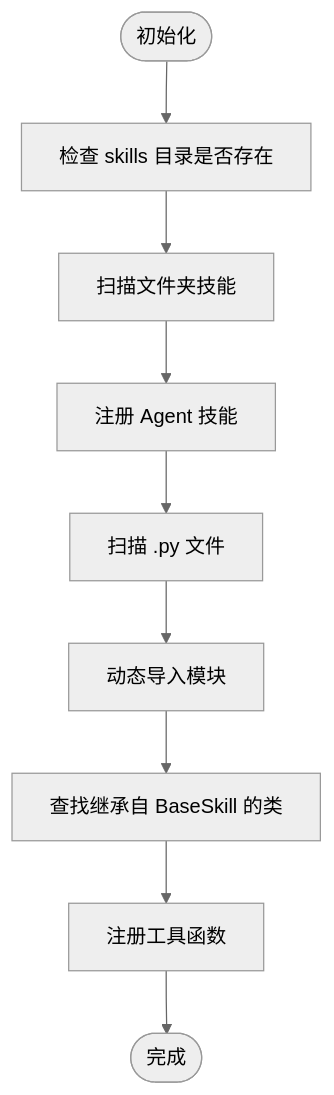
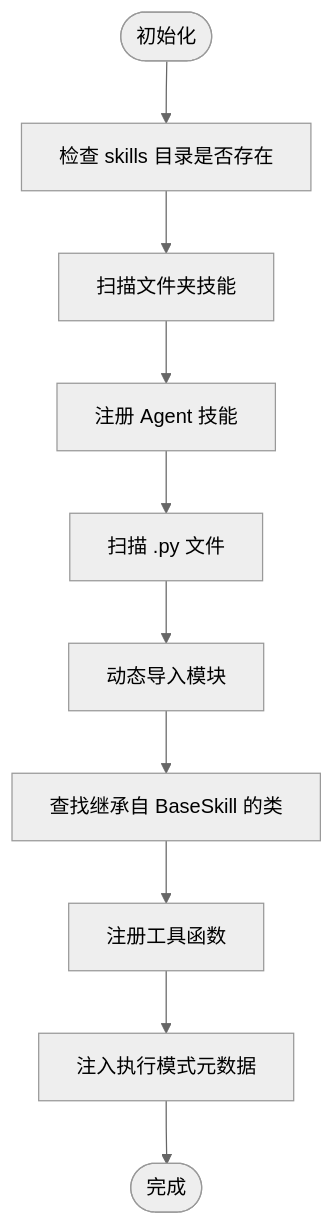
The fifth of 14 diagrams in .qoder/repowiki/zh/content/技能管理系统/技能管理系统.md (zhangdahai112/LocalManus), drawn with Mermaid (neutral theme) before and after one commit. The commit also changed other lines of this file and 19 other files, not shown here.

````diff
--- a/.qoder/repowiki/zh/content/技能管理系统/技能管理系统.md
+++ b/.qoder/repowiki/zh/content/技能管理系统/技能管理系统.md
@@ -263,11 +264,12 @@
 ```mermaid
 flowchart TD
 Start(["初始化"]) --> CheckDir["检查 skills 目录是否存在"]
 CheckDir --> ScanFolders["扫描文件夹技能"]
 ScanFolders --> RegisterAgent["注册 Agent 技能"]
 RegisterAgent --> ScanPython["扫描 .py 文件"]
 ScanPython --> ImportModule["动态导入模块"]
 ImportModule --> FindClass["查找继承自 BaseSkill 的类"]
 FindClass --> RegisterTools["注册工具函数"]
-RegisterTools --> End(["完成"])
+RegisterTools --> InjectModes["注入执行模式元数据"]
+InjectModes --> End(["完成"])
 ```
````
